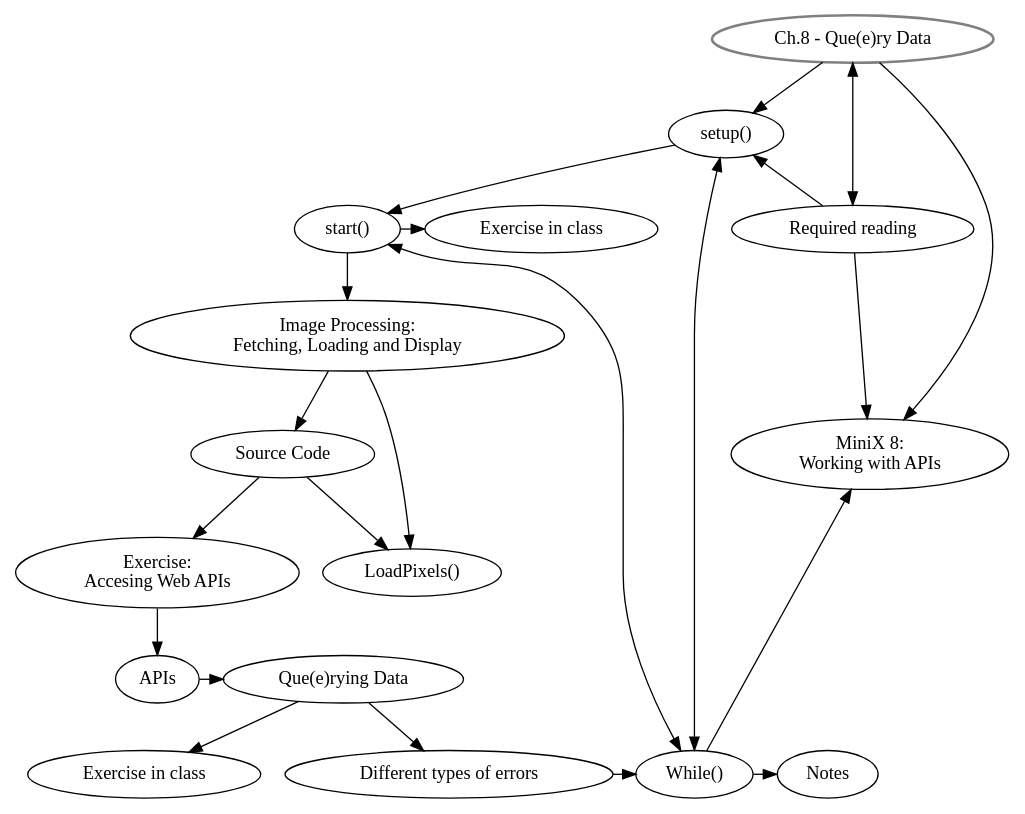
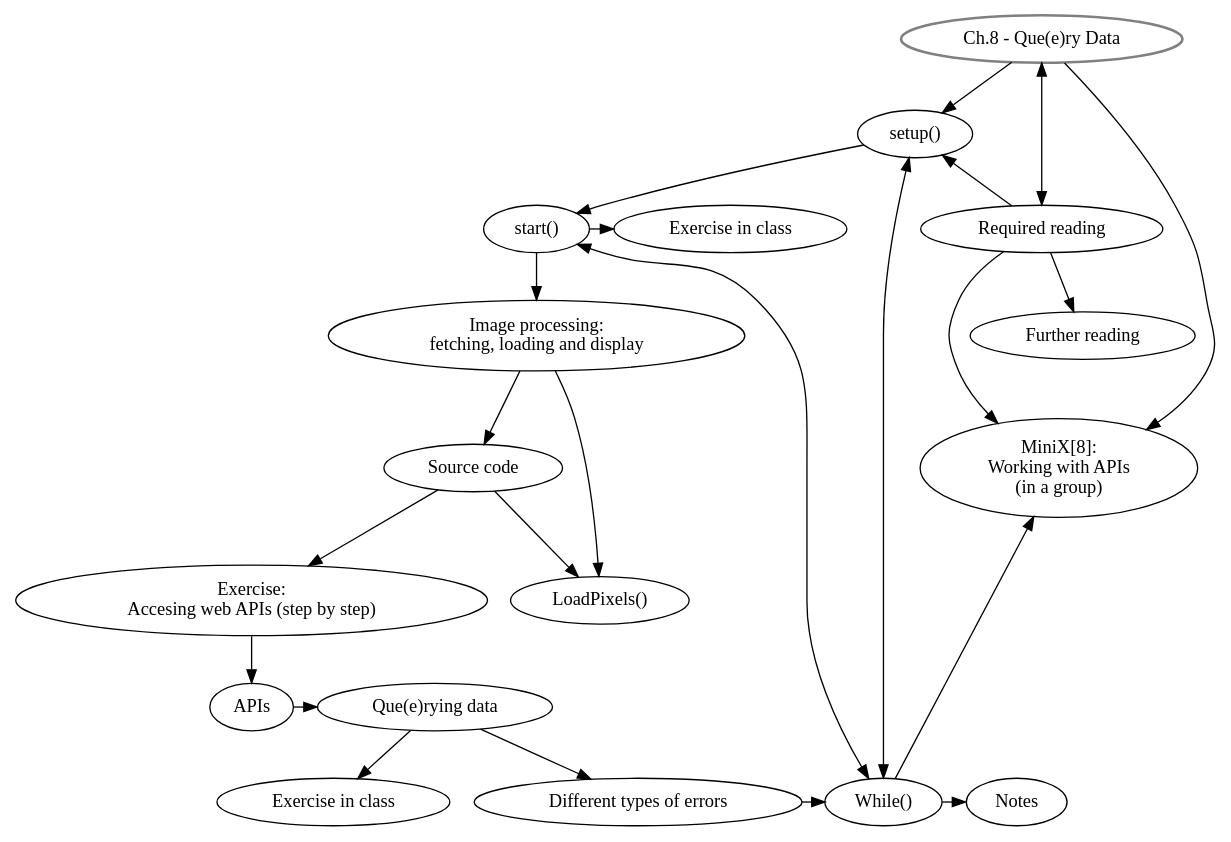
The diagram in graphviz/AP_ch8.dot (danbz/aesthetic-programming), drawn with Graphviz before and after one commit. The commit also changed 5 other files, not shown here.

Commit message:
update graphviz

```diff
--- a/graphviz/AP_ch8.dot
+++ b/graphviz/AP_ch8.dot
@@ -1,47 +1,47 @@
 digraph G {
 //labels
 GS [
 label="Ch.8 - Que(e)ry Data",
 style=bold,
 color=grey,
 ]
 
 SU [label="setup()"]
 ST [label="start()"]
 EiC [label="Exercise in class"]
-IP [label="Image Processing: \nFetching, Loading and Display"]
-SC [label="Source Code"]
-EiC2 [label="Exercise: \nAccesing Web APIs"]
+IP [label="Image processing: \nfetching, loading and display"]
+SC [label="Source code"]
+EiC2 [label="Exercise: \nAccesing web APIs (step by step)"]
 API [label="APIs"]
-QD [label="Que(e)rying Data"]
+QD [label="Que(e)rying data"]
 EiC3 [label="Exercise in class"]
 LP [label="LoadPixels()"]
 ER [label="Different types of errors"]
 MW [label="While()"]
-MX [label="MiniX 8: \nWorking with APIs"]
+MX [label="MiniX[8]: \nWorking with APIs\n(in a group)"]
 RR [label="Required reading"]
+FR [label="Further reading"]
 Notes [label="Notes"]
 
 //rank
 {rank = same; MW, Notes}
-{rank = same; EiC, ST}
 {rank = same; RR, EiC, ST}
-
 {rank = same; MX, SC}
 {rank = same; API, QD}
 {rank = same; MW, EiC3, ER}
 
 //graph
 GS -> SU -> ST -> EiC;
 GS -> RR[dir=both, minlen=2];
 SU -> MW [dir=both];
 GS ->  MX;
 RR -> MX, SU;
 ST -> IP -> SC -> LP;
 IP -> LP;
 SC -> EiC2 -> API -> QD -> EiC3;
 QD -> ER -> MW;
 ST -> MW [dir=both];
 MW -> Notes;
 MW -> MX;
+RR -> FR;
 }
```
